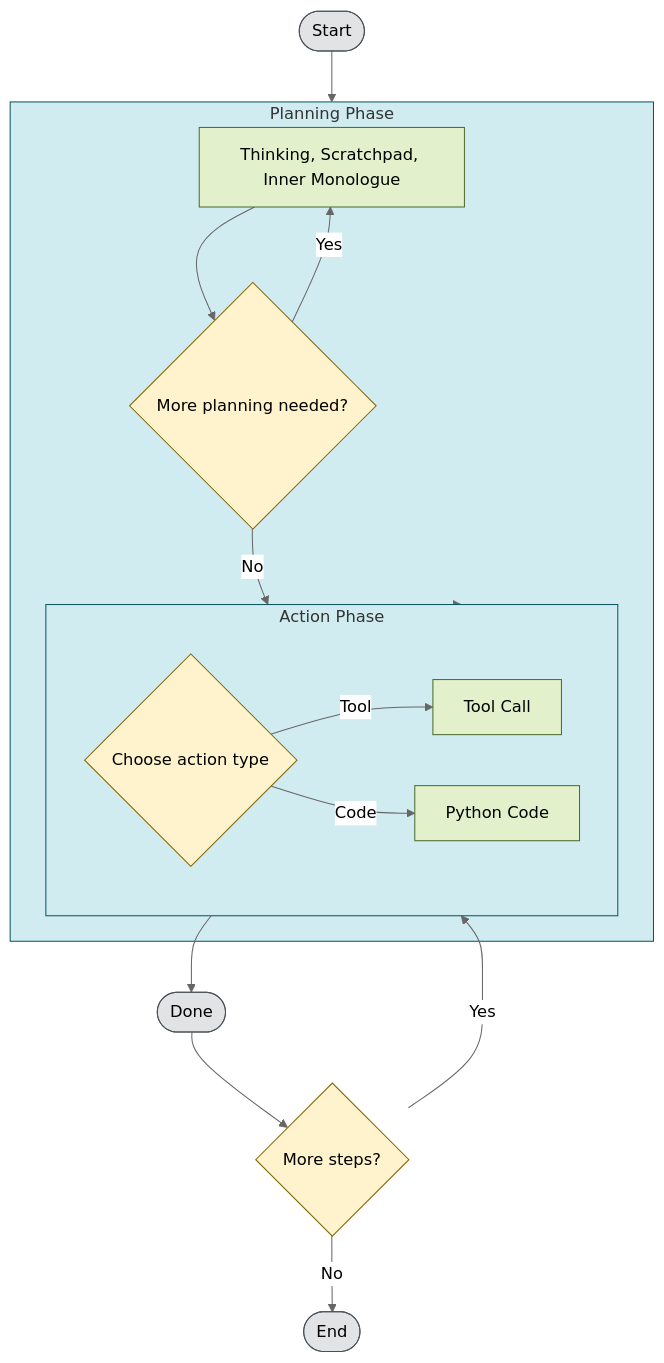
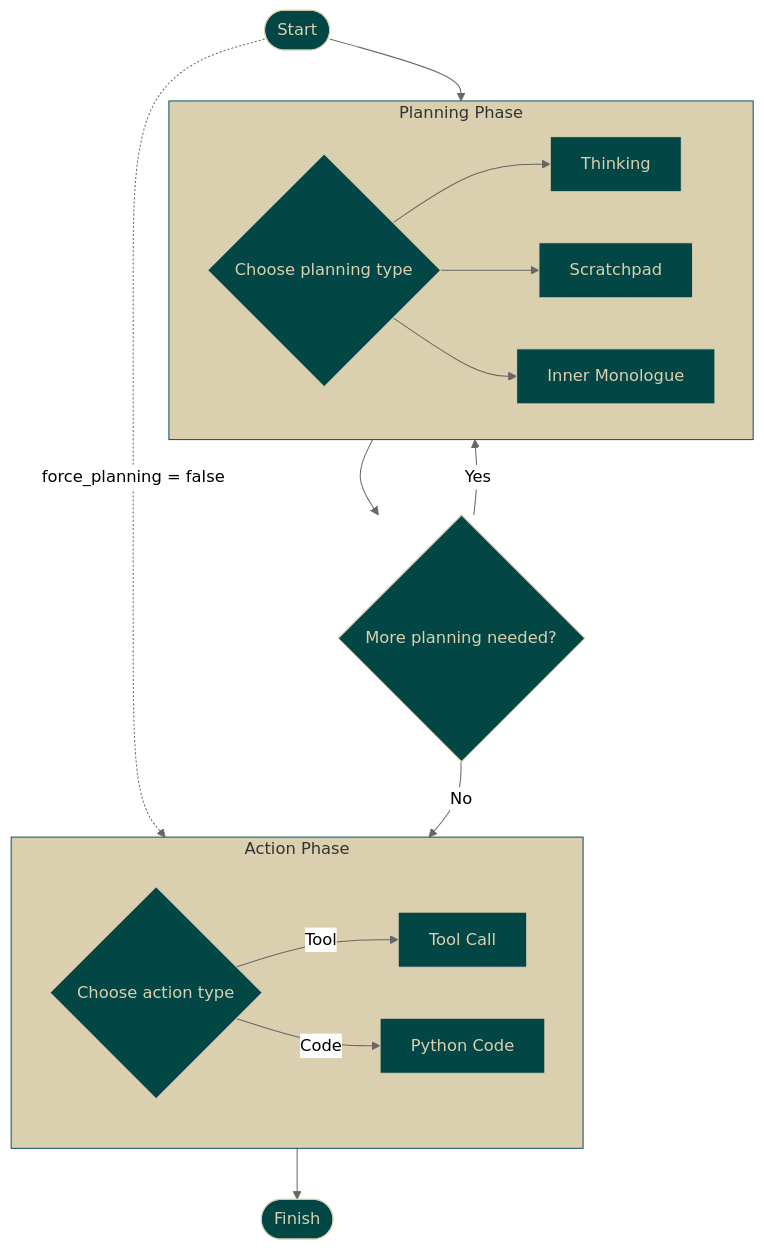
The diagram in pba-docs/docs/index.md (TheProxyCompany/proxy-technical-docs), drawn with Mermaid (neutral theme) before and after one commit. The commit also changed other lines of this file and 3 other files, not shown here.

````diff
--- a/pba-docs/docs/index.md
+++ b/pba-docs/docs/index.md
@@ -17,39 +17,42 @@
 ```mermaid
 flowchart TD
     Start([Start]) --> Plan
+    Start -. force_planning = false .-> Action
 
     subgraph Plan["Planning Phase"]
-        PlanStates["Thinking, Scratchpad, Inner Monologue"]
-        PlanLoop{"More planning needed?"}
+        PlanningChoice{"Choose planning type"}
+        Thinking["Thinking"]
+        Scratchpad["Scratchpad"]
+        InnerMonologue["Inner Monologue"]
 
-        PlanStates --> PlanLoop
-        PlanLoop -- "Yes" --> PlanStates
-        PlanLoop -- "No" --> Action
+        PlanningChoice --> Thinking
+        PlanningChoice --> Scratchpad
+        PlanningChoice --> InnerMonologue
     end
-
-    Plan --> Action
 
     subgraph Action["Action Phase"]
         ActionChoice{"Choose action type"}
         ToolAction["Tool Call"]
         CodeAction["Python Code"]
 
         ActionChoice -- "Tool" --> ToolAction
         ActionChoice -- "Code" --> CodeAction
     end
 
-    Action --> Done([Done])
-    Done --> StepCheck{"More steps?"}
-    StepCheck -- "Yes" --> Action
-    StepCheck -- "No" --> End([End])
+    Plan --> PlanLoop{"More planning needed?"}
+    PlanLoop -- "Yes" --> Plan
+    PlanLoop -- "No" --> Action
 
-    classDef phase fill:#d1ecf1,stroke:#0c5460
-    classDef decision fill:#fff3cd,stroke:#856404,shape:diamond
-    classDef state fill:#e2f0cb,stroke:#4b6a2d
-    classDef terminal fill:#e2e3e5,stroke:#495057,shape:stadium
+    Action --> Finish([Finish])
+
+    classDef phase fill:#DAD0AF,stroke:#0c5460
+    classDef decision fill:#024645,stroke:#DAD0AF,color:#DAD0AF,shape:diamond
+    classDef state fill:#024645,stroke:#DAD0AF,color:#DAD0AF
+    classDef terminal fill:#024645,stroke:#DAD0AF,color:#DAD0AF,shape:stadium
 
     class Plan,Action phase
     class PlanLoop,ActionChoice,StepCheck decision
-    class PlanStates,ToolAction,CodeAction state
-    class Start,Done,End terminal
+    class PlanningChoice,Thinking,Scratchpad,InnerMonologue state
+    class ToolAction,CodeAction state
+    class Start,Finish terminal
 ```
````
